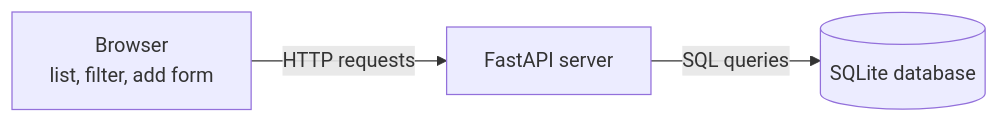
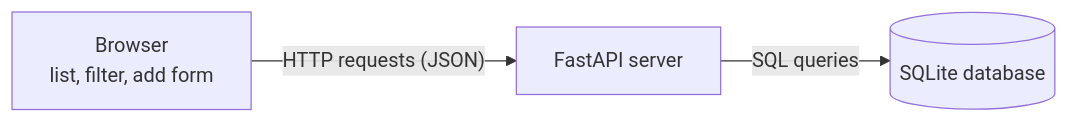
Before and after one commit to lanphan05/InternTrack: the first of 5 diagrams in docs/architecture.md, drawn with Mermaid. The commit also changed other lines of this file, not shown here.

First line of the commit message:
Refine architecture doc with API, data model, decisions and deployment

````diff
--- a/docs/architecture.md
+++ b/docs/architecture.md
@@ -5,5 +38,5 @@
 ```mermaid
 flowchart LR
-    B["Browser<br/>list, filter, add form"] -- "HTTP requests" --> F["FastAPI server"]
+    B["Browser<br/>list, filter, add form"] -- "HTTP requests (JSON)" --> F["FastAPI server"]
     F -- "SQL queries" --> D[("SQLite database")]
 ```
````
